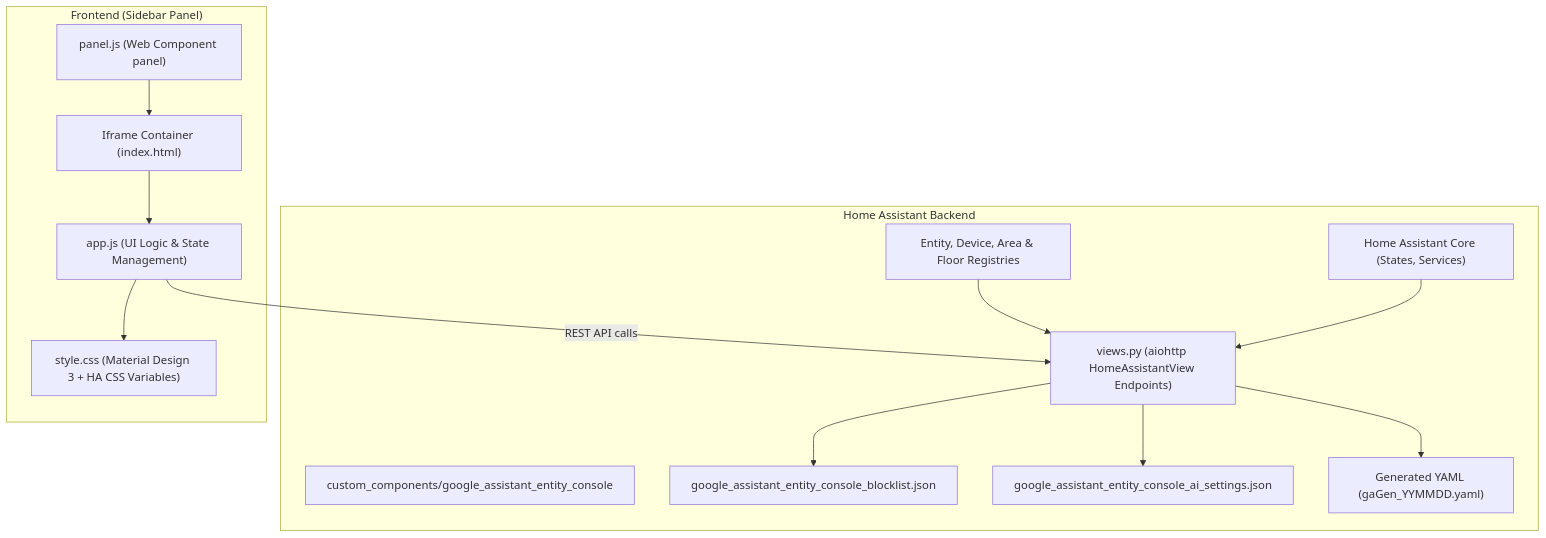
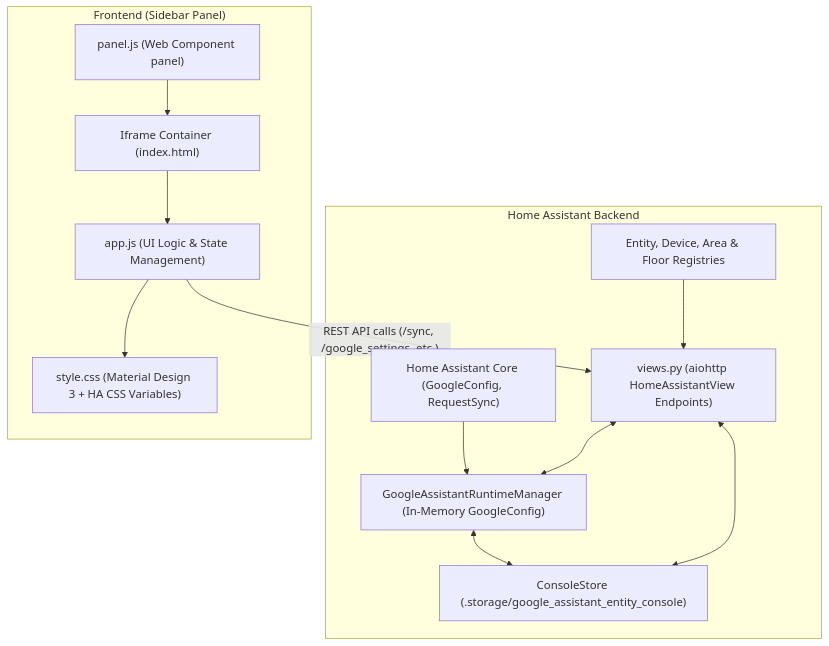
The diagram in docs/ARCHITECTURE.md (spelech/GoogleAssistantEntityConsole), drawn with Mermaid before and after one commit. The commit also changed other lines of this file, not shown here.

Commit message:
docs: update ARCHITECTURE.md for v3.0.0 .storage zero-reboot engine

````diff
--- a/docs/ARCHITECTURE.md
+++ b/docs/ARCHITECTURE.md
@@ -13,29 +13,27 @@
 ```mermaid
 graph TD
     subgraph HomeAssistantBackend ["Home Assistant Backend"]
         HARegistries["Entity, Device, Area & Floor Registries"]
-        HACore["Home Assistant Core (States, Services)"]
-        CustomComp["custom_components/google_assistant_entity_console"]
+        HACore["Home Assistant Core (GoogleConfig, RequestSync)"]
+        Store["ConsoleStore (.storage/google_assistant_entity_console)"]
+        Runtime["GoogleAssistantRuntimeManager (In-Memory GoogleConfig)"]
         ViewsPy["views.py (aiohttp HomeAssistantView Endpoints)"]
-        BlocklistJSON["google_assistant_entity_console_blocklist.json"]
-        AISettingsJSON["google_assistant_entity_console_ai_settings.json"]
-        YAMLGen["Generated YAML (gaGen_YYMMDD.yaml)"]
     end
 
     subgraph FrontendSidebar ["Frontend (Sidebar Panel)"]
         PanelJS["panel.js (Web Component panel)"]
         Iframe["Iframe Container (index.html)"]
         AppJS["app.js (UI Logic & State Management)"]
         StyleCSS["style.css (Material Design 3 + HA CSS Variables)"]
     end
 
     HARegistries --> ViewsPy
-    HACore --> ViewsPy
-    ViewsPy --> BlocklistJSON
-    ViewsPy --> AISettingsJSON
-    ViewsPy --> YAMLGen
+    HACore --> Runtime
+    Runtime <--> Store
+    ViewsPy <--> Store
+    ViewsPy <--> Runtime
     PanelJS --> Iframe
     Iframe --> AppJS
     AppJS --> StyleCSS
-    AppJS -- REST API calls --> ViewsPy
+    AppJS -- REST API calls (/sync, /google_settings, etc.) --> ViewsPy
 ```
````
